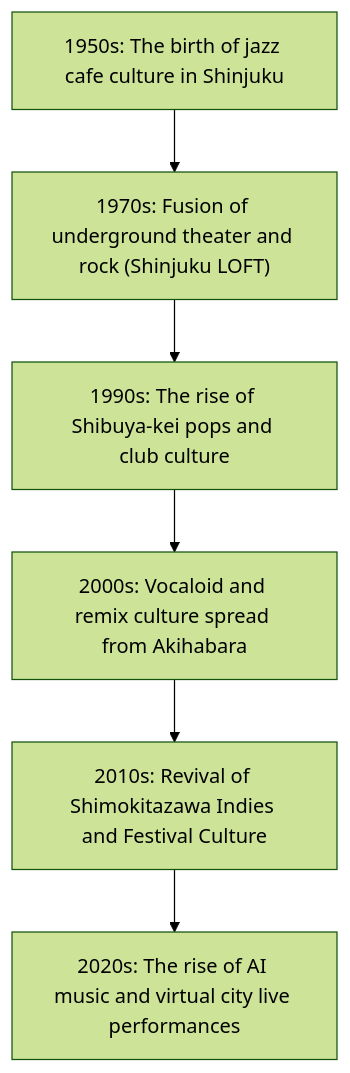
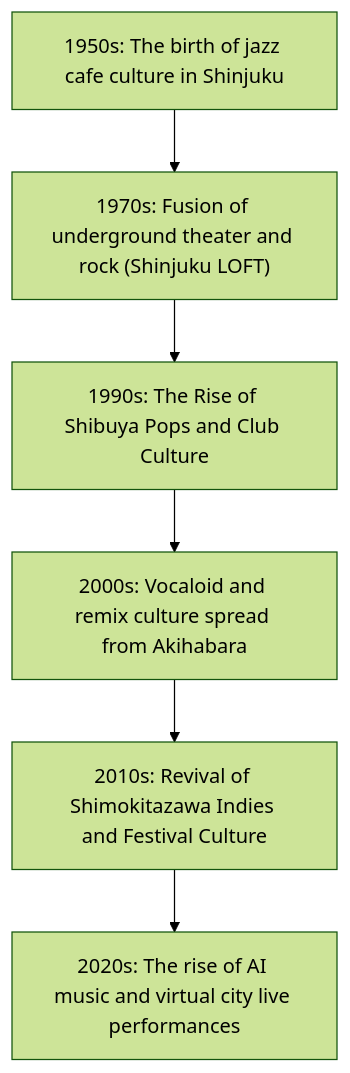
One commit to monumental-movement/monumental-movement.github.io changed the first of 2 diagrams in en/_posts/2025-10-23-column-tokyo-sound-layers.md. Above: the diagram before and after it, drawn with Mermaid (forest theme). The commit also changed other lines of this file and 1012 other files, not shown here.

```diff
--- a/en/_posts/2025-10-23-column-tokyo-sound-layers.md
+++ b/en/_posts/2025-10-23-column-tokyo-sound-layers.md
@@ -138,19 +138,19 @@
 <div class="mermaid">
 
 flowchart TD
 
     A1950["1950s: The birth of jazz cafe culture in Shinjuku"]
     A1970["1970s: Fusion of underground theater and rock (Shinjuku LOFT)"]
-    A1990["1990s: The rise of Shibuya-kei pops and club culture"]
+    A1990["1990s: The Rise of Shibuya Pops and Club Culture"]
     A2000["2000s: Vocaloid and remix culture spread from Akihabara"]
     A2010["2010s: Revival of Shimokitazawa Indies and Festival Culture"]
     A2020["2020s: The rise of AI music and virtual city live performances"]
 
     A1950 --> A1970
     A1970 --> A1990
     A1990 --> A2000
     A2000 --> A2010
     A2010 --> A2020
 
 
 </div>
```
